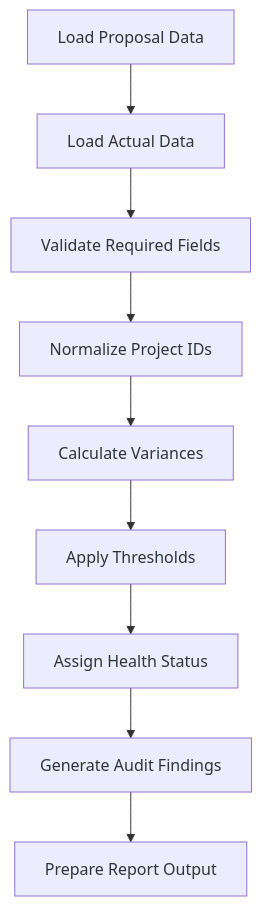
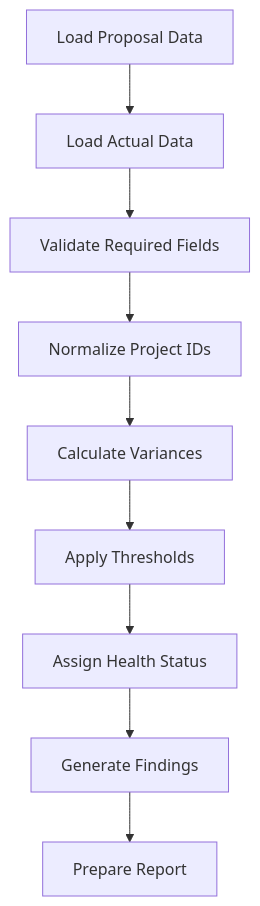
Before and after one commit to meownager/epm-insights: the first of 2 diagrams in docs/audit-engine-foundation.md, drawn with Mermaid. The commit also changed other lines of this file, not shown here.

Commit message:
Revised audit engine foundation doc

````diff
--- a/docs/audit-engine-foundation.md
+++ b/docs/audit-engine-foundation.md
@@ -106,11 +106,11 @@
 ```mermaid
 flowchart TD
     A[Load Proposal Data] --> B[Load Actual Data]
     B --> C[Validate Required Fields]
     C --> D[Normalize Project IDs]
     D --> E[Calculate Variances]
     E --> F[Apply Thresholds]
     F --> G[Assign Health Status]
-    G --> H[Generate Audit Findings]
-    H --> I[Prepare Report Output]
+    G --> H[Generate Findings]
+    H --> I[Prepare Report]
 ```
````
